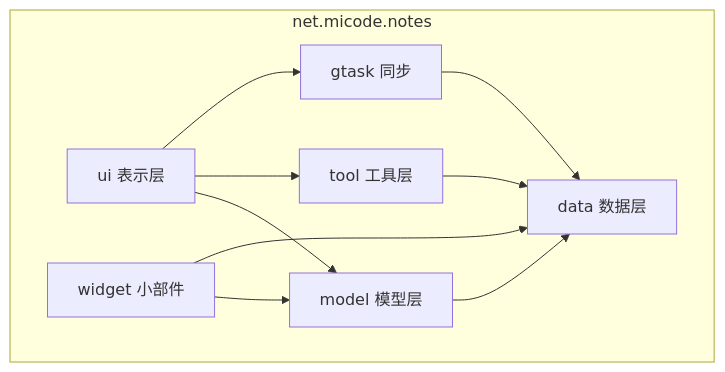
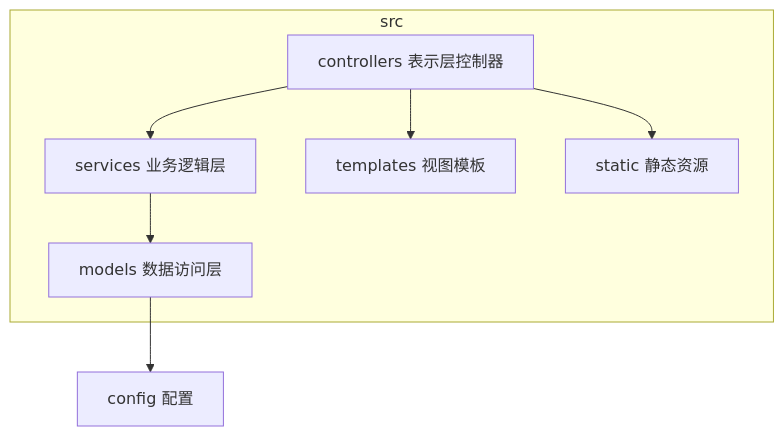
Before and after one commit to otreeevol/project: the second of 4 diagrams in docs/03-软件总体设计方案.md, drawn with Mermaid. The commit also changed other lines of this file and 221 other files, not shown here.

````diff
--- a/docs/03-软件总体设计方案.md
+++ b/docs/03-软件总体设计方案.md
@@ -53,19 +46,15 @@
 ```mermaid
 graph TD
-    subgraph net.micode.notes
-        data[data 数据层]
-        model[model 模型层]
-        ui[ui 表示层]
-        tool[tool 工具层]
-        gtask[gtask 同步]
-        widget[widget 小部件]
+    subgraph src
+        controllers[controllers 表示层控制器]
+        services[services 业务逻辑层]
+        models[models 数据访问层]
+        templates[templates 视图模板]
+        static[static 静态资源]
     end
-    ui --> model
-    ui --> tool
-    ui --> gtask
-    model --> data
-    gtask --> data
-    widget --> model
-    widget --> data
-    tool --> data
+    controllers --> services
+    controllers --> templates
+    controllers --> static
+    services --> models
+    models --> config[config 配置]
 ```
````
